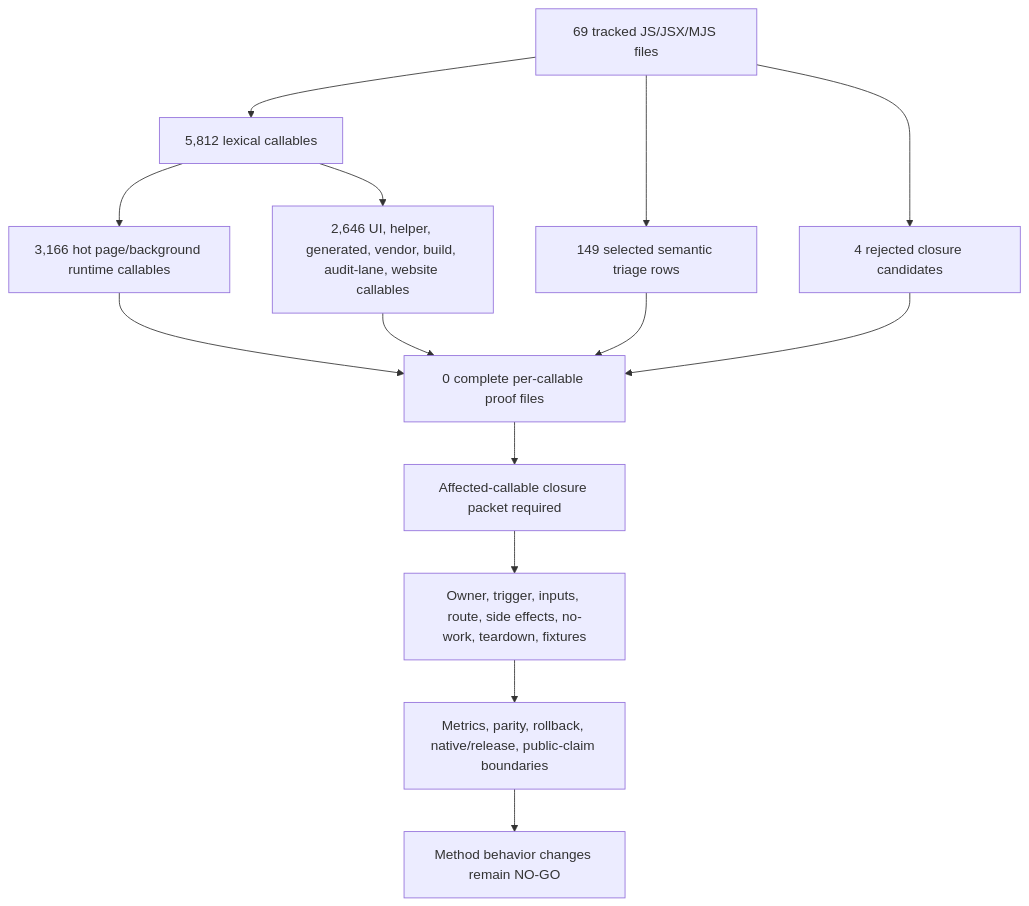
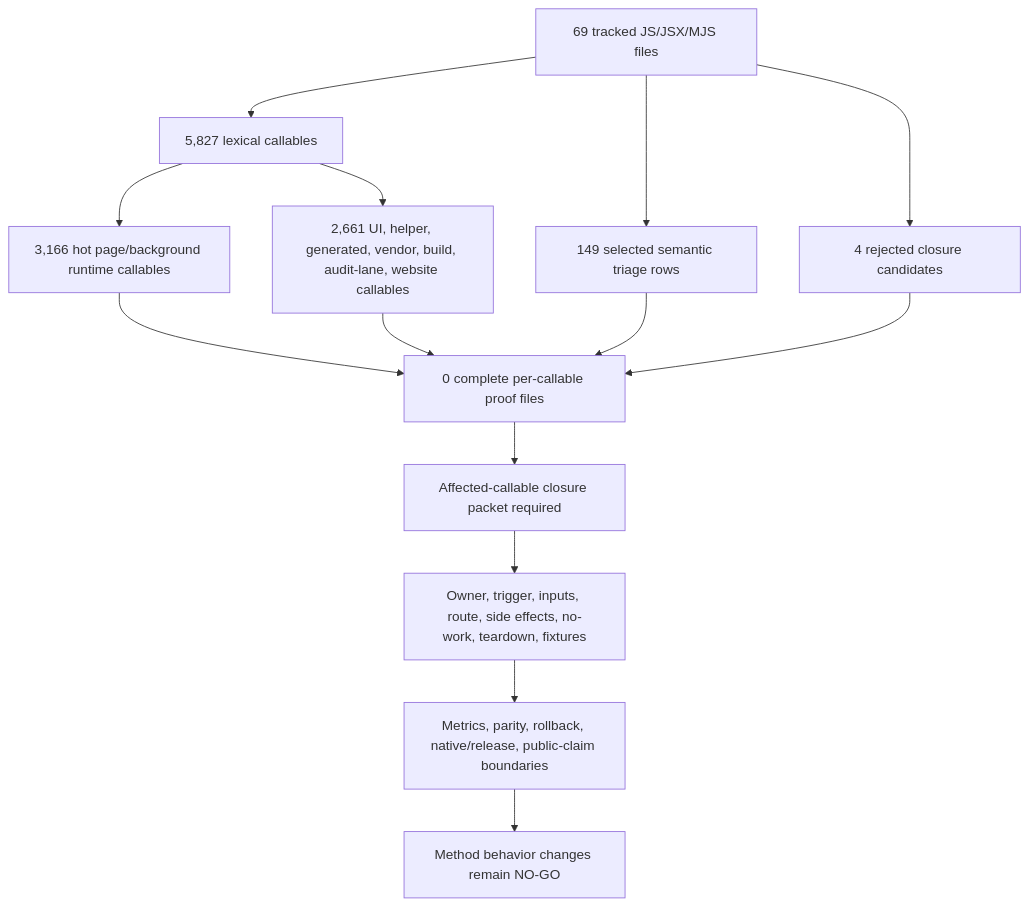
The first of 2 diagrams in docs/audit/FILTERTUBE_METHOD_SEMANTIC_PROOF_GAP_INDEX_CURRENT_BEHAVIOR_2026-05-25.md (varshneydevansh/FilterTube), drawn with Mermaid before and after one commit. The commit also changed other lines of this file and 617 other files, not shown here.

````diff
--- a/docs/audit/FILTERTUBE_METHOD_SEMANTIC_PROOF_GAP_INDEX_CURRENT_BEHAVIOR_2026-05-25.md
+++ b/docs/audit/FILTERTUBE_METHOD_SEMANTIC_PROOF_GAP_INDEX_CURRENT_BEHAVIOR_2026-05-25.md
@@ -130,16 +130,16 @@
 ```mermaid
 flowchart TD
-  A["69 tracked JS/JSX/MJS files"] --> B["5,812 lexical callables"]
+  A["69 tracked JS/JSX/MJS files"] --> B["5,827 lexical callables"]
   B --> C["3,166 hot page/background runtime callables"]
-  B --> D["2,646 UI, helper, generated, vendor, build, audit-lane, website callables"]
+  B --> D["2,661 UI, helper, generated, vendor, build, audit-lane, website callables"]
   A --> E["149 selected semantic triage rows"]
   A --> F["4 rejected closure candidates"]
   C --> G["0 complete per-callable proof files"]
   D --> G
   E --> G
   F --> G
   G --> H["Affected-callable closure packet required"]
   H --> I["Owner, trigger, inputs, route, side effects, no-work, teardown, fixtures"]
   I --> J["Metrics, parity, rollback, native/release, public-claim boundaries"]
   J --> K["Method behavior changes remain NO-GO"]
 ```
````
